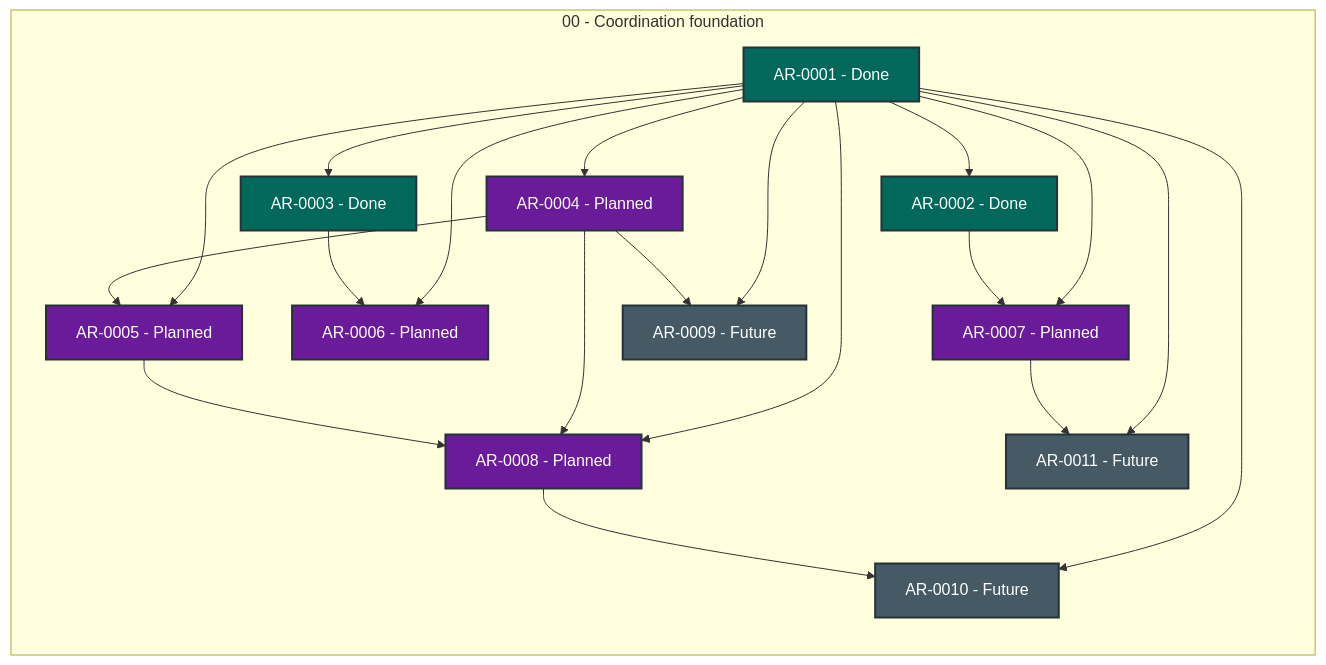
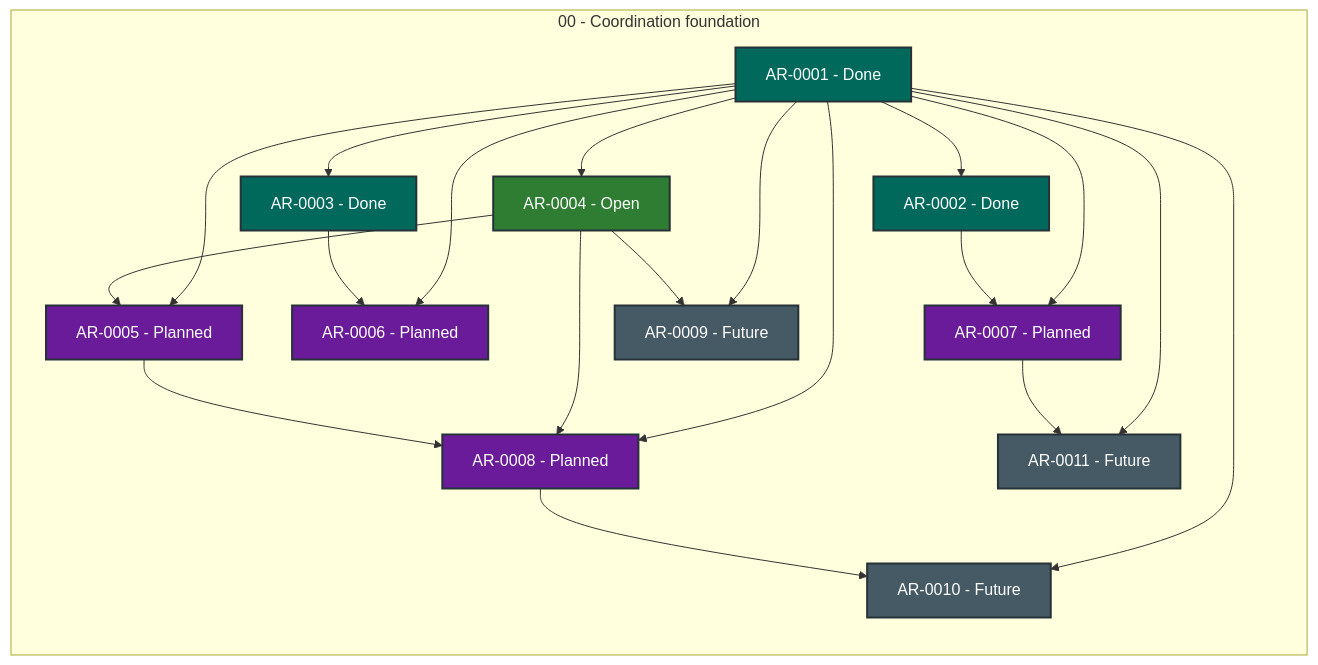
Before and after one commit to martin-beck/agent-workflow-quality-state: the diagram in STATUS.md, drawn with Mermaid. The commit also changed other lines of this file and 2 other files, not shown here.

````diff
--- a/STATUS.md
+++ b/STATUS.md
@@ -27,43 +27,43 @@
 ```mermaid
 flowchart LR
     subgraph series_00["00 - Coordination foundation"]
         direction TB
         AR_0001["AR-0001 - Done"]:::status_done
         AR_0002["AR-0002 - Done"]:::status_done
         AR_0003["AR-0003 - Done"]:::status_done
-        AR_0004["AR-0004 - Planned"]:::status_planned
+        AR_0004["AR-0004 - Open"]:::status_open
         AR_0005["AR-0005 - Planned"]:::status_planned
         AR_0006["AR-0006 - Planned"]:::status_planned
         AR_0007["AR-0007 - Planned"]:::status_planned
         AR_0008["AR-0008 - Planned"]:::status_planned
         AR_0009["AR-0009 - Future"]:::status_future
         AR_0010["AR-0010 - Future"]:::status_future
         AR_0011["AR-0011 - Future"]:::status_future
     end
     AR_0001 --> AR_0002
     AR_0001 --> AR_0003
     AR_0001 --> AR_0004
     AR_0001 --> AR_0005
     AR_0001 --> AR_0006
     AR_0001 --> AR_0007
     AR_0001 --> AR_0008
     AR_0001 --> AR_0009
     AR_0001 --> AR_0010
     AR_0001 --> AR_0011
     AR_0002 --> AR_0007
     AR_0003 --> AR_0006
     AR_0004 --> AR_0005
     AR_0004 --> AR_0008
     AR_0004 --> AR_0009
     AR_0005 --> AR_0008
     AR_0007 --> AR_0011
     AR_0008 --> AR_0010
     classDef status_in_progress fill:#1565c0,color:#ffffff,stroke:#263238,stroke-width:2px
     classDef status_open fill:#2e7d32,color:#ffffff,stroke:#263238,stroke-width:2px
     classDef status_blocked fill:#c62828,color:#ffffff,stroke:#263238,stroke-width:2px
     classDef status_planned fill:#6a1b9a,color:#ffffff,stroke:#263238,stroke-width:2px
     classDef status_future fill:#455a64,color:#ffffff,stroke:#263238,stroke-width:2px
     classDef status_done fill:#00695c,color:#ffffff,stroke:#263238,stroke-width:2px
     classDef status_cancelled fill:#616161,color:#ffffff,stroke:#263238,stroke-width:2px
     classDef status_superseded fill:#5d4037,color:#ffffff,stroke:#263238,stroke-width:2px
 ```
````
